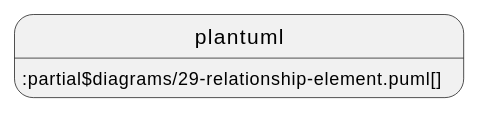
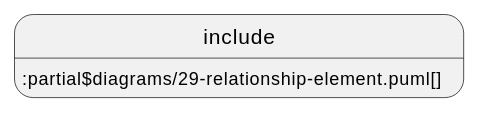
The second of 18 diagrams in documentation/IDTA-01001/modules/ROOT/pages/spec-metamodel/submodel-elements.adoc (acplt/aas-specs), drawn with PlantUML before and after one commit. The commit also changed other lines of this file and 14 other files, not shown here.

First line of the commit message:
Revert "Use plantuml instead of include and test ./"

```diff
--- a/documentation/IDTA-01001/modules/ROOT/pages/spec-metamodel/submodel-elements.adoc
+++ b/documentation/IDTA-01001/modules/ROOT/pages/spec-metamodel/submodel-elements.adoc
@@ -38,4 +38,4 @@
 [plantuml, 29-relationship-element, svg]
 ....
-plantuml::partial$diagrams/29-relationship-element.puml[]
+include::partial$diagrams/29-relationship-element.puml[]
 ....
```
